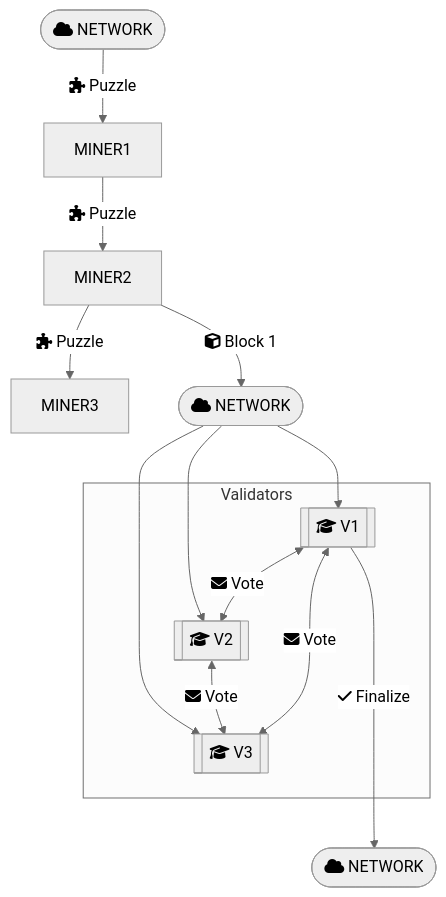
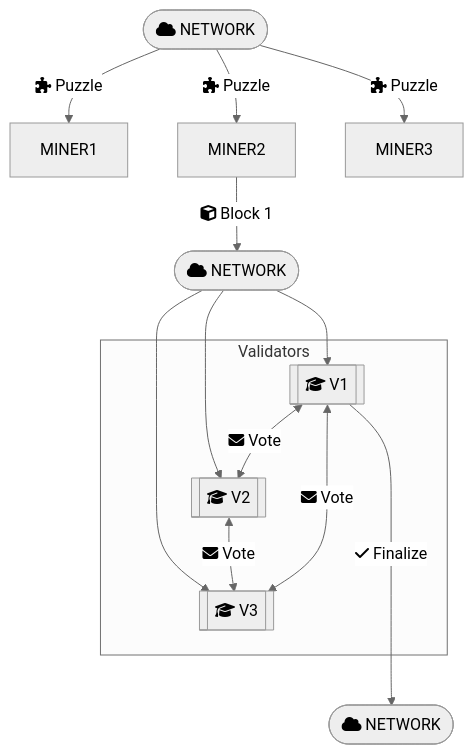
The second of 2 diagrams in README.md (oxarbitrage/crosslink2), drawn with Mermaid (neutral theme) before and after one commit. The commit also changed other lines of this file, not shown here.

````diff
--- a/README.md
+++ b/README.md
@@ -119,23 +116,22 @@
 ```mermaid
 flowchart TD
-    NETWORK([fa:fa-cloud NETWORK])
-      --> |fa:fa-puzzle-piece Puzzle| MINER1
-      --> |fa:fa-puzzle-piece Puzzle| MINER2
-      --> |fa:fa-puzzle-piece Puzzle| MINER3
+    NETWORK([fa:fa-cloud NETWORK]) --> |fa:fa-puzzle-piece Puzzle| MINER1
+    NETWORK --> |fa:fa-puzzle-piece Puzzle| MINER2
+    NETWORK --> |fa:fa-puzzle-piece Puzzle| MINER3
 
     MINER2 --> |fa:fa-cube Block 1| NETWORK2([fa:fa-cloud NETWORK])
     subgraph Validators
       VALIDATOR1[[fa:fa-graduation-cap V1]]
       VALIDATOR2[[fa:fa-graduation-cap V2]]
       VALIDATOR3[[fa:fa-graduation-cap V3]]
     end
     NETWORK2 --> VALIDATOR1
     NETWORK2 --> VALIDATOR2
     NETWORK2 --> VALIDATOR3
 
     VALIDATOR1 <--> |fa:fa-envelope Vote| VALIDATOR2
     VALIDATOR2 <--> |fa:fa-envelope Vote| VALIDATOR3
     VALIDATOR1 <--> |fa:fa-envelope Vote| VALIDATOR3
 
     VALIDATOR1 ----> |fa:fa-check Finalize| NETWORK3([fa:fa-cloud NETWORK])
 ```
````
